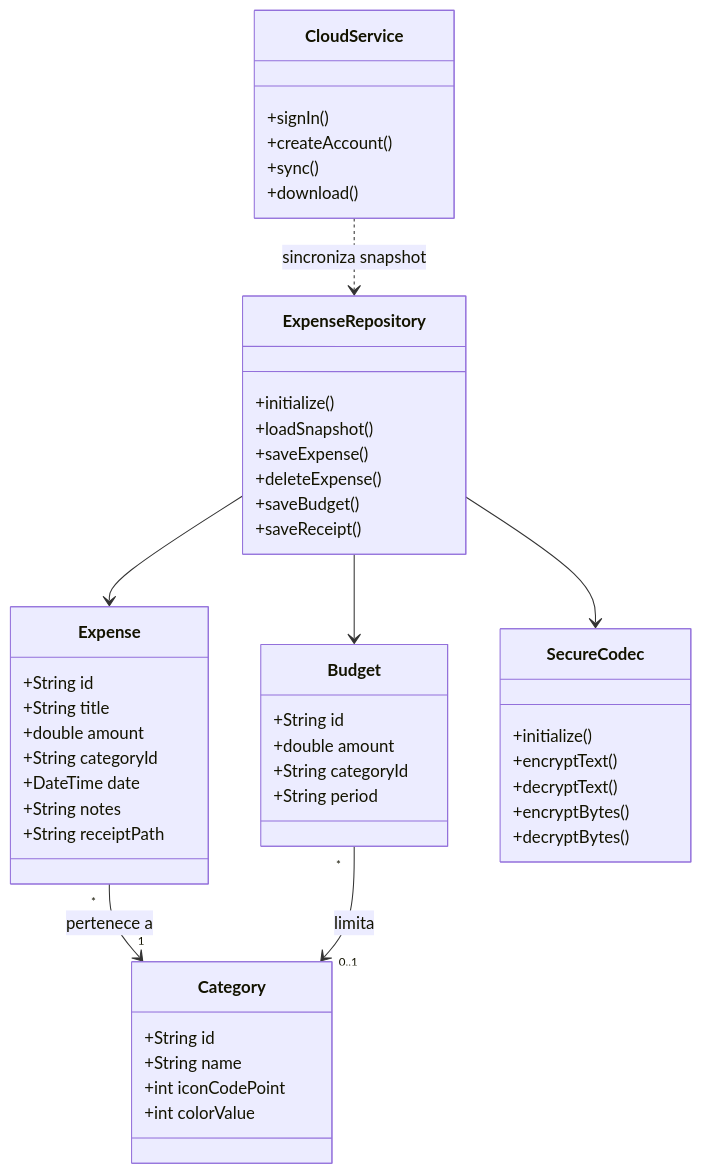
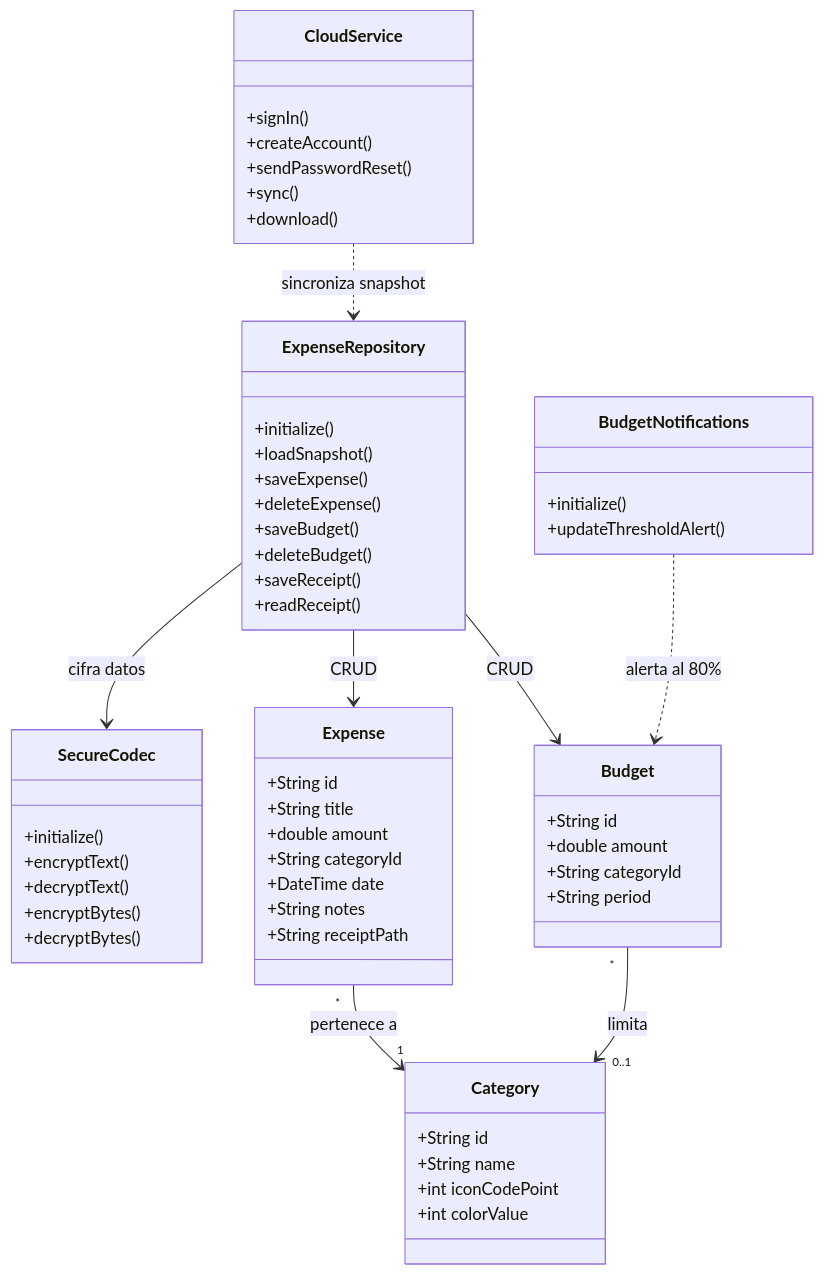
The first of 2 diagrams in docs/reporte-tecnico.md (xGodlight/gastos_flutter), drawn with Mermaid before and after one commit. The commit also changed other lines of this file and 3 other files, not shown here.

````diff
--- a/docs/reporte-tecnico.md
+++ b/docs/reporte-tecnico.md
@@ -9,51 +16,59 @@
 ```mermaid
 classDiagram
   class Expense {
     +String id
     +String title
     +double amount
     +String categoryId
     +DateTime date
     +String notes
     +String receiptPath
   }
   class Category {
     +String id
     +String name
     +int iconCodePoint
     +int colorValue
   }
   class Budget {
     +String id
     +double amount
     +String categoryId
     +String period
   }
   class ExpenseRepository {
     +initialize()
     +loadSnapshot()
     +saveExpense()
     +deleteExpense()
     +saveBudget()
+    +deleteBudget()
     +saveReceipt()
+    +readReceipt()
   }
   class SecureCodec {
     +initialize()
     +encryptText()
     +decryptText()
     +encryptBytes()
     +decryptBytes()
   }
   class CloudService {
     +signIn()
     +createAccount()
+    +sendPasswordReset()
     +sync()
     +download()
   }
+  class BudgetNotifications {
+    +initialize()
+    +updateThresholdAlert()
+  }
   Expense "*" --> "1" Category : pertenece a
   Budget "*" --> "0..1" Category : limita
-  ExpenseRepository --> SecureCodec
-  ExpenseRepository --> Expense
-  ExpenseRepository --> Budget
+  ExpenseRepository --> SecureCodec : cifra datos
+  ExpenseRepository --> Expense : CRUD
+  ExpenseRepository --> Budget : CRUD
   CloudService ..> ExpenseRepository : sincroniza snapshot
+  BudgetNotifications ..> Budget : alerta al 80%
 ```
````
